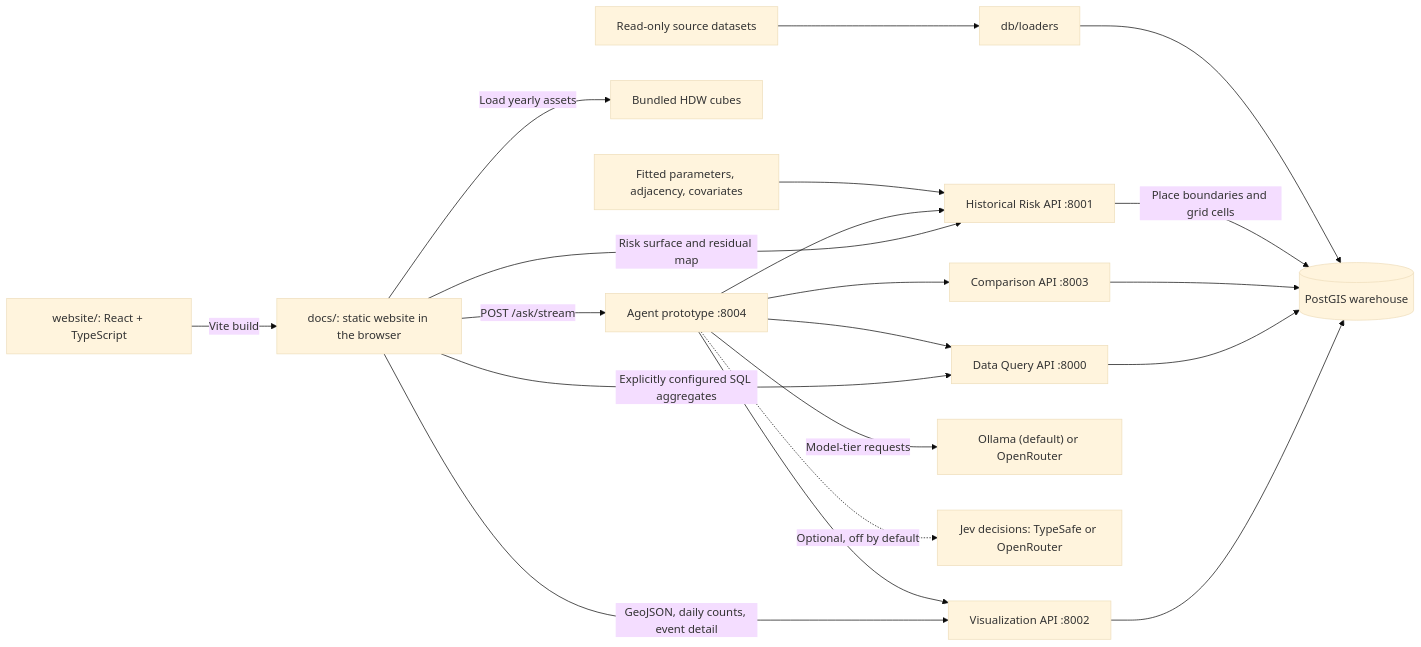
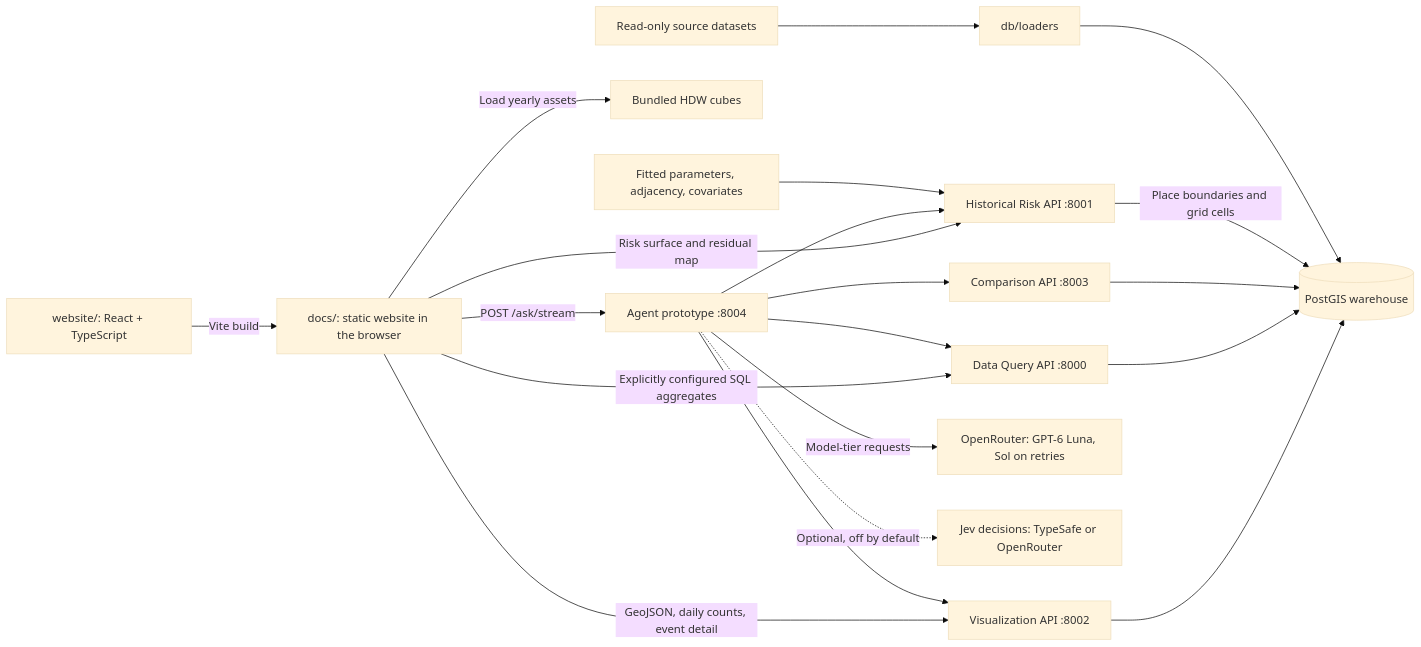
Before and after one commit to Woody-Zhu-Group/Wildfire-Platform: the diagram in README.md, drawn with Mermaid (base theme). The commit also changed other lines of this file and 19 other files, not shown here.

First line of the commit message:
Docs for the OpenRouter-only agent: production switched 2026-09-24, model and GPU instances retired.

````diff
--- a/README.md
+++ b/README.md
@@ -9,21 +9,21 @@
 ```mermaid
 flowchart LR
     Source["website/: React + TypeScript"] -->|Vite build| Web["docs/: static website in the browser"]
     Web -->|GeoJSON, daily counts, event detail| Viz["Visualization API :8002"]
     Web -->|POST /ask/stream| Agent["Agent prototype :8004"]
     Web -->|Explicitly configured SQL aggregates| Query
     Web -->|Load yearly assets| HDW["Bundled HDW cubes"]
     Web -->|Risk surface and residual map| Risk
     Agent --> Viz
     Agent --> Query["Data Query API :8000"]
     Agent --> Compare["Comparison API :8003"]
     Agent --> Risk["Historical Risk API :8001"]
-    Agent -->|Model-tier requests| LLM["Ollama (default) or OpenRouter"]
+    Agent -->|Model-tier requests| LLM["OpenRouter: GPT-6 Luna, Sol on retries"]
     Agent -.->|Optional, off by default| Jev["Jev decisions: TypeSafe or OpenRouter"]
     Viz --> DB[(PostGIS warehouse)]
     Query --> DB
     Compare --> DB
     Risk -->|Place boundaries and grid cells| DB
     Inputs["Fitted parameters, adjacency, covariates"] --> Risk
     Raw["Read-only source datasets"] --> Loaders["db/loaders"] --> DB
 ```
````
